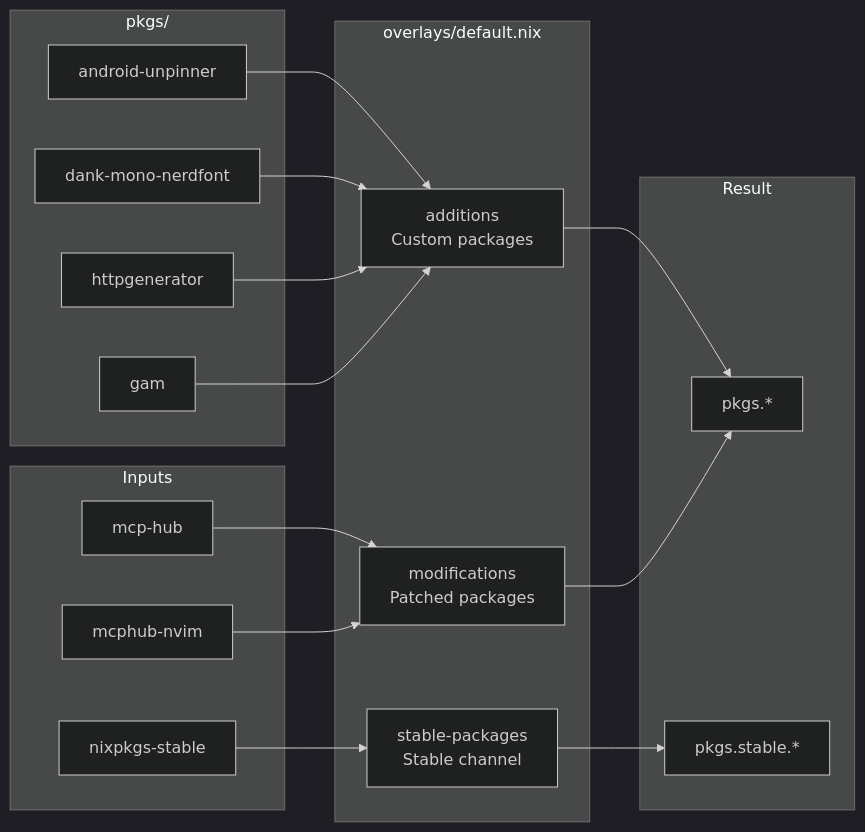
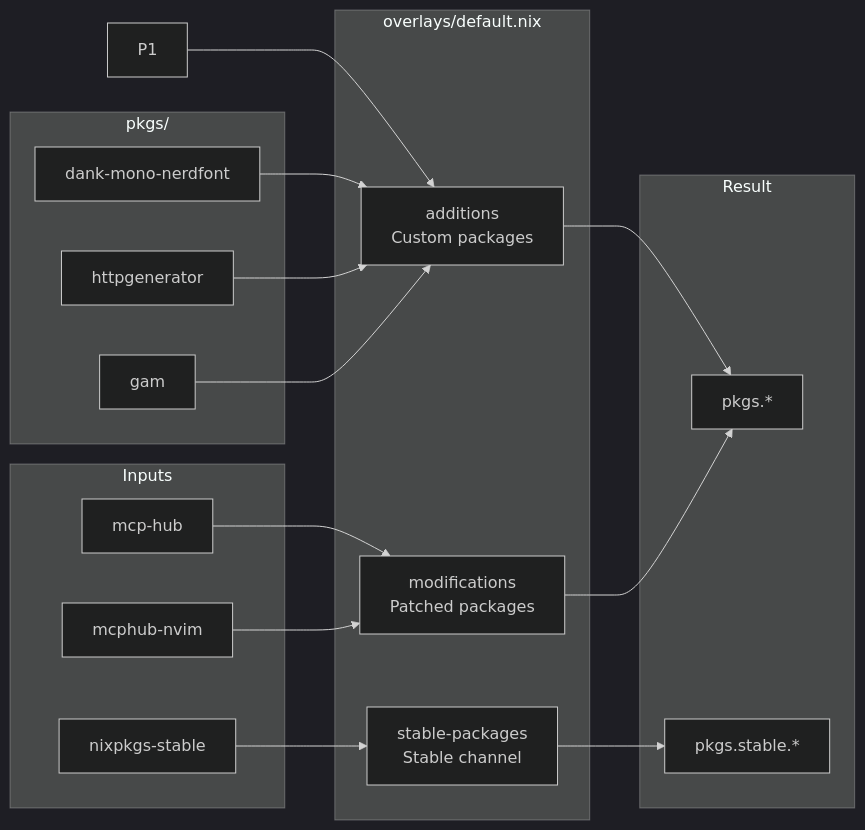
Diagram 11 of 15 in docs/ARCHITECTURE.md (idjoo/dotfiles), drawn with Mermaid (dark theme) before and after one commit. The commit also changed 4 other files, not shown here.

Commit message:
chore(pkgs): 🔥 remove android-unpinner package

````diff
--- a/docs/ARCHITECTURE.md
+++ b/docs/ARCHITECTURE.md
@@ -463,40 +463,39 @@
 ```mermaid
 flowchart LR
     subgraph "overlays/default.nix"
         ADD[additions<br/>Custom packages]
         MOD[modifications<br/>Patched packages]
         STB[stable-packages<br/>Stable channel]
     end
 
     subgraph "pkgs/"
-        P1[android-unpinner]
         P2[dank-mono-nerdfont]
         P3[httpgenerator]
         P4[gam]
     end
 
     subgraph "Inputs"
         MH[mcp-hub]
         MN[mcphub-nvim]
         NPS[nixpkgs-stable]
     end
 
     subgraph "Result"
         PKG[pkgs.*]
         SPKG[pkgs.stable.*]
     end
 
     P1 --> ADD
     P2 --> ADD
     P3 --> ADD
     P4 --> ADD
 
     MH --> MOD
     MN --> MOD
 
     NPS --> STB
 
     ADD --> PKG
     MOD --> PKG
     STB --> SPKG
 ```
````
